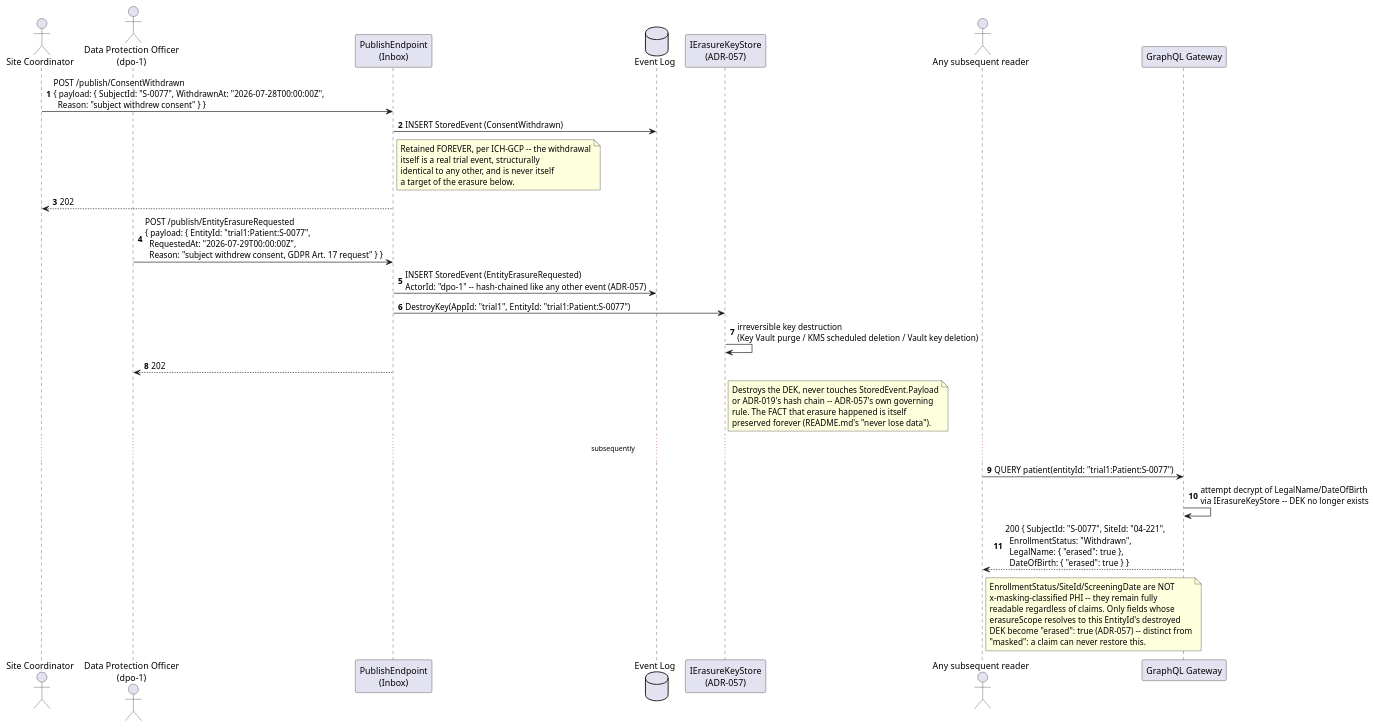
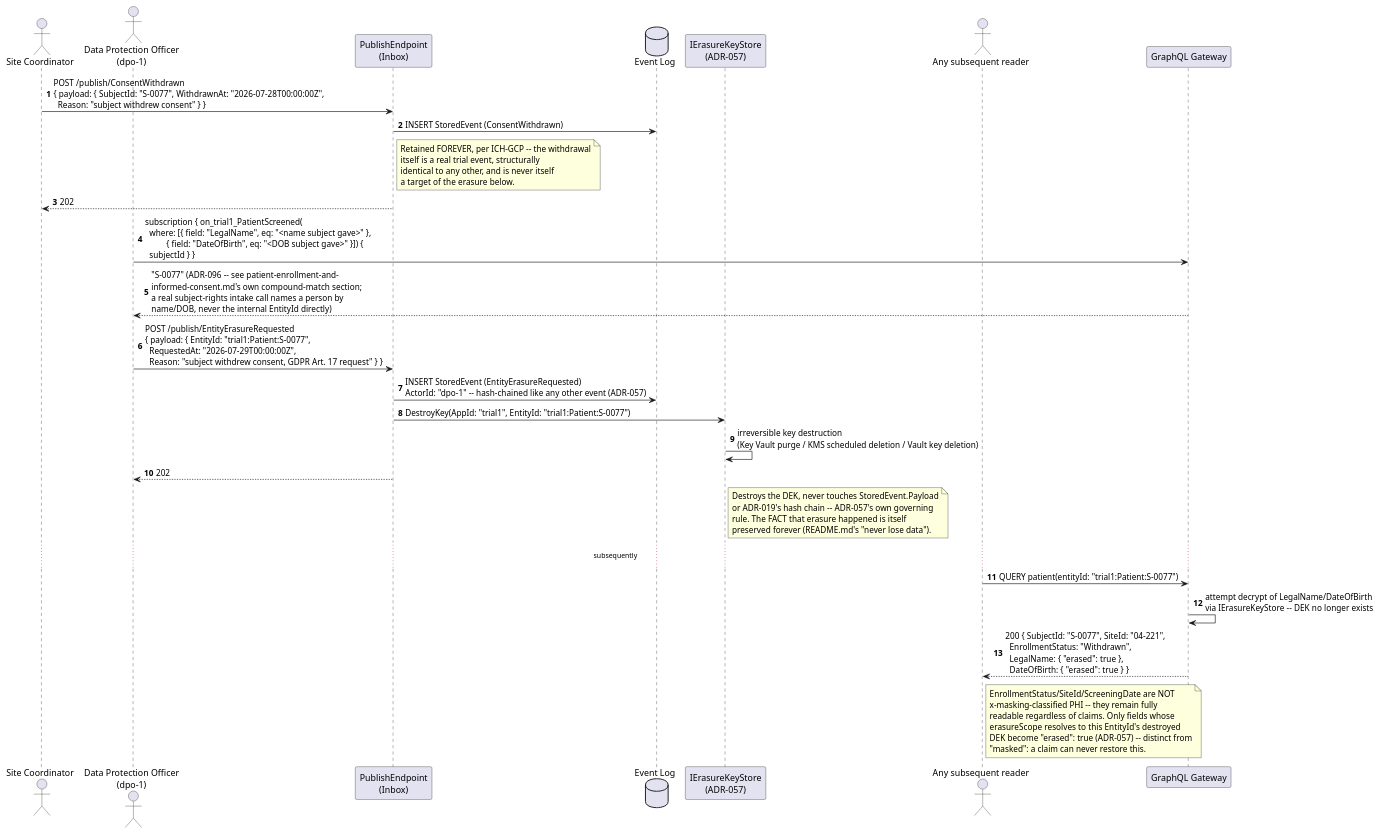
Before and after one commit to Mwwhited-BookLearning/EventSourcing: the third of 9 diagrams in docs/domains/clinical-trials-device-telemetry/features/trial-data-export-and-subject-rights.md, drawn with PlantUML. The commit also changed other lines of this file and 6 other files, not shown here.

````diff
--- a/docs/domains/clinical-trials-device-telemetry/features/trial-data-export-and-subject-rights.md
+++ b/docs/domains/clinical-trials-device-telemetry/features/trial-data-export-and-subject-rights.md
@@ -125,47 +125,49 @@
 ```plantuml
 @startuml Erasure_Sequence
 autonumber
 actor "Site Coordinator" as coordinator
 actor "Data Protection Officer\n(dpo-1)" as dpo
 participant "PublishEndpoint\n(Inbox)" as inbox
 database "Event Log" as eventLog
 participant "IErasureKeyStore\n(ADR-057)" as keyStore
 actor "Any subsequent reader" as reader
 participant "GraphQL Gateway" as gateway
 
 coordinator -> inbox: POST /publish/ConsentWithdrawn\n{ payload: { SubjectId: "S-0077", WithdrawnAt: "2026-07-28T00:00:00Z",\n  Reason: "subject withdrew consent" } }
 inbox -> eventLog: INSERT StoredEvent (ConsentWithdrawn)
 note right of inbox
   Retained FOREVER, per ICH-GCP -- the withdrawal
   itself is a real trial event, structurally
   identical to any other, and is never itself
   a target of the erasure below.
 end note
 inbox --> coordinator: 202
 
+dpo -> gateway: subscription { on_trial1_PatientScreened(\n  where: [{ field: "LegalName", eq: "<name subject gave>" },\n          { field: "DateOfBirth", eq: "<DOB subject gave>" }]) {\n  subjectId } }
+gateway --> dpo: "S-0077" (ADR-096 -- see patient-enrollment-and-\ninformed-consent.md's own compound-match section;\na real subject-rights intake call names a person by\nname/DOB, never the internal EntityId directly)
 dpo -> inbox: POST /publish/EntityErasureRequested\n{ payload: { EntityId: "trial1:Patient:S-0077",\n  RequestedAt: "2026-07-29T00:00:00Z",\n  Reason: "subject withdrew consent, GDPR Art. 17 request" } }
 inbox -> eventLog: INSERT StoredEvent (EntityErasureRequested)\nActorId: "dpo-1" -- hash-chained like any other event (ADR-057)
 inbox -> keyStore: DestroyKey(AppId: "trial1", EntityId: "trial1:Patient:S-0077")
 keyStore -> keyStore: irreversible key destruction\n(Key Vault purge / KMS scheduled deletion / Vault key deletion)
 inbox --> dpo: 202
 note right of keyStore
   Destroys the DEK, never touches StoredEvent.Payload
   or ADR-019's hash chain -- ADR-057's own governing
   rule. The FACT that erasure happened is itself
   preserved forever (README.md's "never lose data").
 end note
 
 ... subsequently ...
 reader -> gateway: QUERY patient(entityId: "trial1:Patient:S-0077")
 gateway -> gateway: attempt decrypt of LegalName/DateOfBirth\nvia IErasureKeyStore -- DEK no longer exists
 gateway --> reader: 200 { SubjectId: "S-0077", SiteId: "04-221",\n  EnrollmentStatus: "Withdrawn",\n  LegalName: { "erased": true },\n  DateOfBirth: { "erased": true } }
 note right of reader
   EnrollmentStatus/SiteId/ScreeningDate are NOT
   x-masking-classified PHI -- they remain fully
   readable regardless of claims. Only fields whose
   erasureScope resolves to this EntityId's destroyed
   DEK become "erased": true (ADR-057) -- distinct from
   "masked": a claim can never restore this.
 end note
 @enduml
 ```
````
